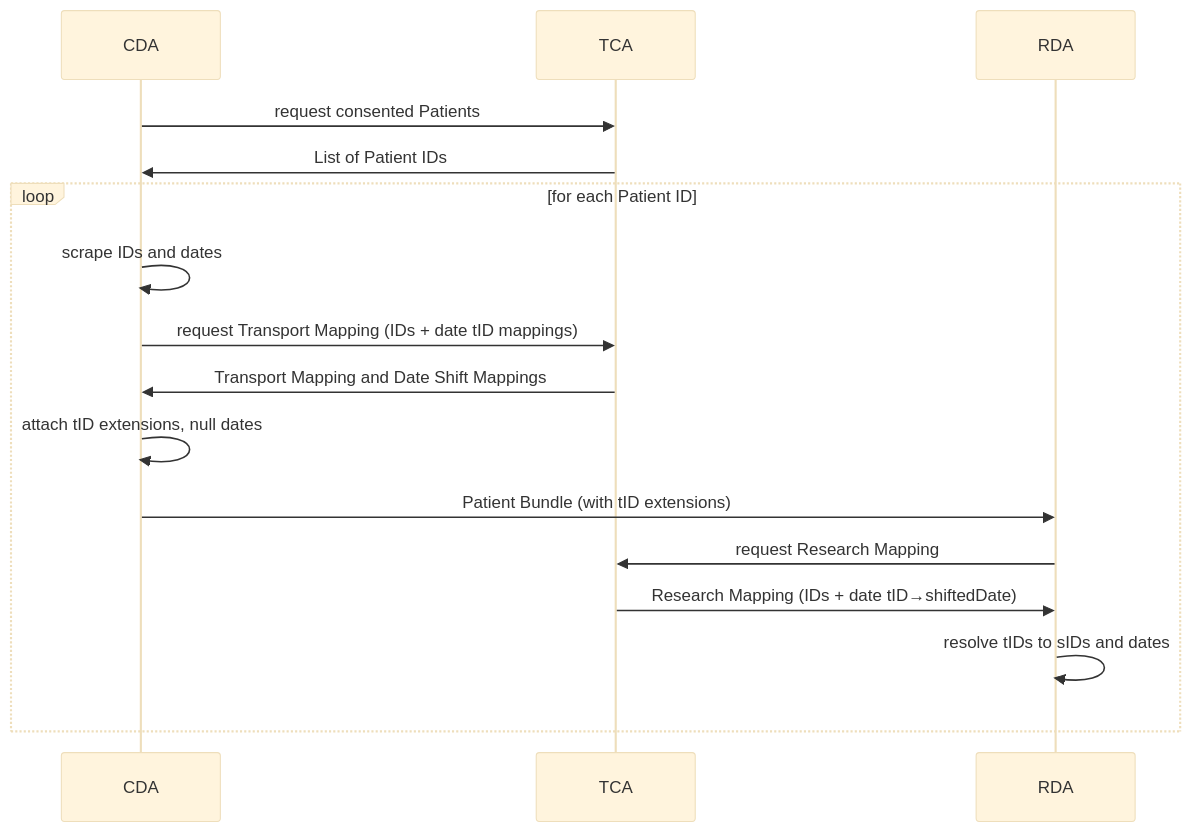
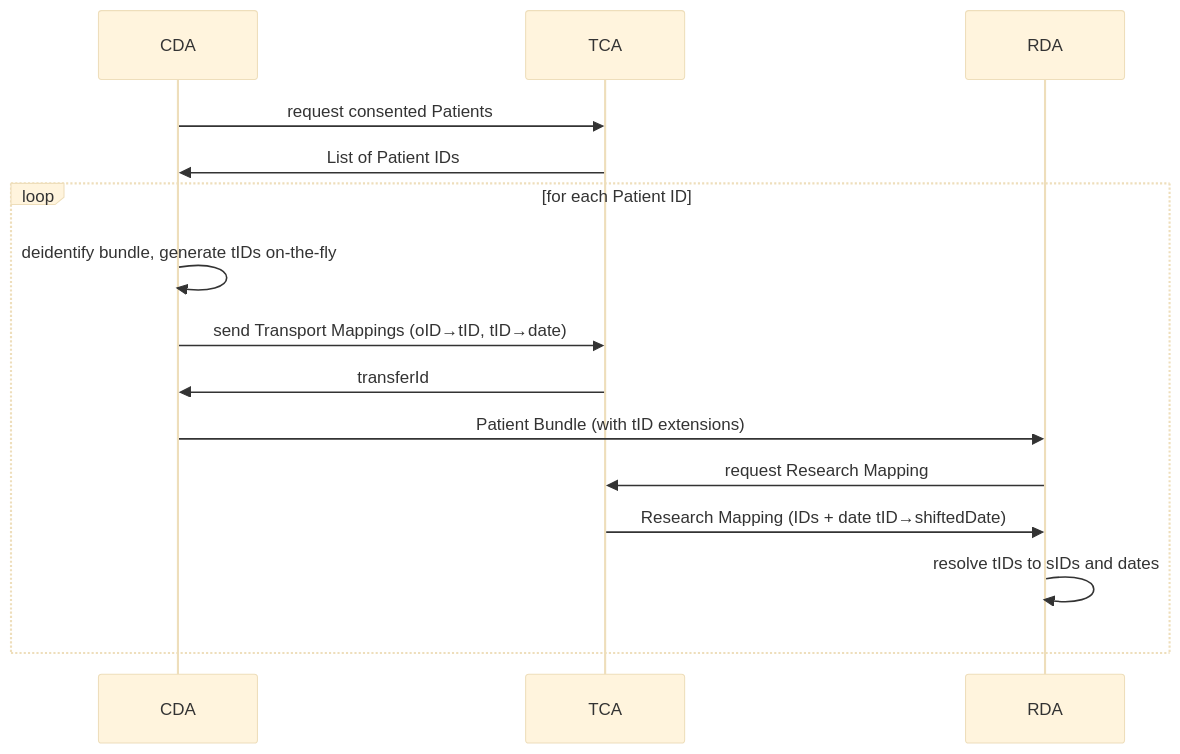
Before and after one commit to medizininformatik-initiative/fts-next: the diagram in docs/usage.md, drawn with Mermaid (base theme). The commit also changed 28 other files, not shown here.

````diff
--- a/docs/usage.md
+++ b/docs/usage.md
@@ -22,16 +22,15 @@
 ```mermaid
 sequenceDiagram
     CDA ->> TCA: request consented Patients
     TCA ->> CDA: List of Patient IDs
 
     loop for each Patient ID
-        CDA ->> CDA: scrape IDs and dates
-        CDA ->> TCA: request Transport Mapping (IDs + date tID mappings)
-        TCA ->> CDA: Transport Mapping and Date Shift Mappings
-        CDA ->> CDA: attach tID extensions, null dates
+        CDA ->> CDA: deidentify bundle, generate tIDs on-the-fly
+        CDA ->> TCA: send Transport Mappings (oID→tID, tID→date)
+        TCA ->> CDA: transferId
         CDA ->> RDA: Patient Bundle (with tID extensions)
         RDA ->> TCA: request Research Mapping
         TCA ->> RDA: Research Mapping (IDs + date tID→shiftedDate)
         RDA ->> RDA: resolve tIDs to sIDs and dates
     end
 ```
````
